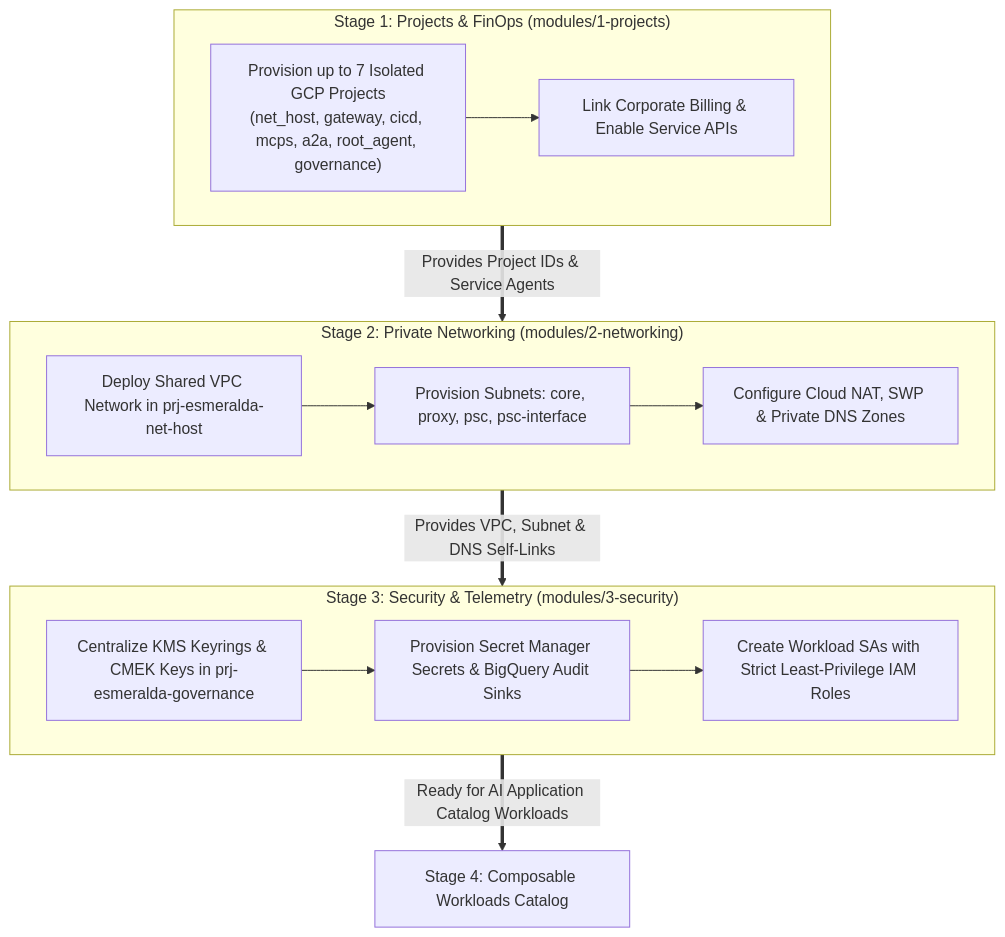
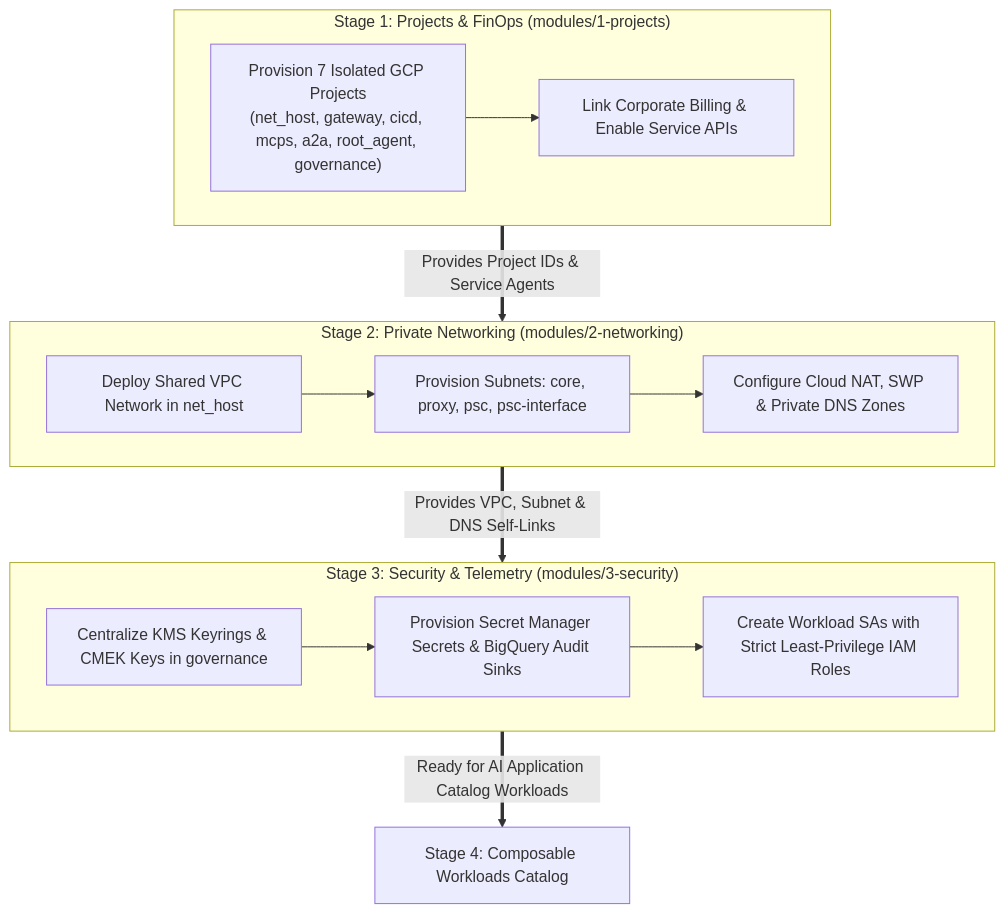
Before and after one commit to google/esmeralda: the diagram in docs/1-platform-foundations/README.md, drawn with Mermaid. The commit also changed other lines of this file and 15 other files, not shown here.

First line of the commit message:
docs: complete enterprise architecture overhaul with ADRs, personas, and dark mode diagrams

````diff
--- a/docs/1-platform-foundations/README.md
+++ b/docs/1-platform-foundations/README.md
@@ -9,26 +42,26 @@
 ```mermaid
 flowchart TD
     subgraph Stage1["Stage 1: Projects & FinOps (modules/1-projects)"]
-        P1["Provision up to 7 Isolated GCP Projects<br/>(net_host, gateway, cicd, mcps, a2a, root_agent, governance)"]
+        P1["Provision 7 Isolated GCP Projects<br/>(net_host, gateway, cicd, mcps, a2a, root_agent, governance)"]
         P2["Link Corporate Billing & Enable Service APIs"]
         P1 --> P2
     end
 
     subgraph Stage2["Stage 2: Private Networking (modules/2-networking)"]
-        N1["Deploy Shared VPC Network in prj-esmeralda-net-host"]
+        N1["Deploy Shared VPC Network in net_host"]
         N2["Provision Subnets: core, proxy, psc, psc-interface"]
         N3["Configure Cloud NAT, SWP & Private DNS Zones"]
         N1 --> N2 --> N3
     end
 
     subgraph Stage3["Stage 3: Security & Telemetry (modules/3-security)"]
-        S1["Centralize KMS Keyrings & CMEK Keys in prj-esmeralda-governance"]
+        S1["Centralize KMS Keyrings & CMEK Keys in governance"]
         S2["Provision Secret Manager Secrets & BigQuery Audit Sinks"]
         S3["Create Workload SAs with Strict Least-Privilege IAM Roles"]
         S1 --> S2 --> S3
     end
 
     Stage1 ==>|Provides Project IDs & Service Agents| Stage2
     Stage2 ==>|Provides VPC, Subnet & DNS Self-Links| Stage3
     Stage3 ==>|Ready for AI Application Catalog Workloads| Catalog["Stage 4: Composable Workloads Catalog"]
 ```
````
